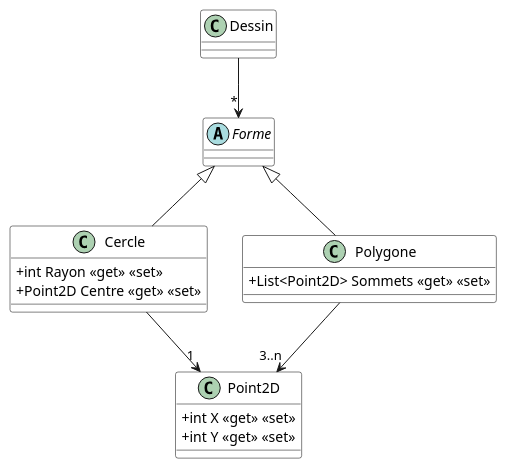
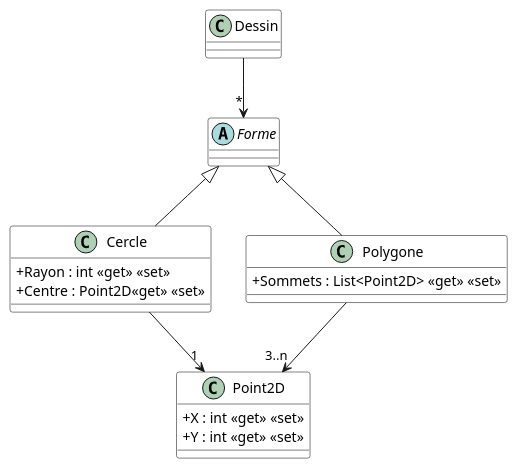
The diagram in Module06_Formats_Echanges/diag/src/DiagDessin.wsd (PiFou86/420-W30-SF), drawn with PlantUML before and after one commit. The commit also changed 4 other files, not shown here.

Commit message:
Ajout proposition diagramme

```diff
--- a/Module06_Formats_Echanges/diag/src/DiagDessin.wsd
+++ b/Module06_Formats_Echanges/diag/src/DiagDessin.wsd
@@ -1,33 +1,33 @@
 @startuml DiagDessin
 
 skinparam classAttributeIconSize 0
 skinparam class {
     BackgroundColor White
     BorderColor #000
 }
 
 Dessin --> "*" Forme
 Forme <|-- Cercle
 Forme <|-- Polygone
 Cercle --> "1" Point2D
 Polygone --> "3..n" Point2D
 
 class Point2D {
-    + int X <<get>> <<set>>
-    + int Y <<get>> <<set>>
+    + X : int <<get>> <<set>>
+    + Y : int <<get>> <<set>>
 }
 
 abstract Forme {
     
 }
 
 class Cercle {
-    + int Rayon <<get>> <<set>>
-    + Point2D Centre <<get>> <<set>>
+    + Rayon : int <<get>> <<set>>
+    + Centre : Point2D<<get>> <<set>>
 }
 
 class Polygone {
-    + List<Point2D> Sommets <<get>> <<set>>    
+    + Sommets : List<Point2D> <<get>> <<set>>    
 }
 
 @enduml
```
